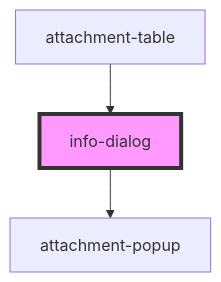
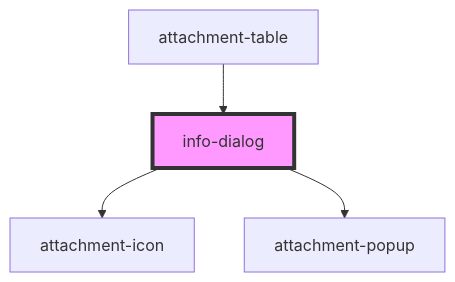
One commit to attachmentcore/attachment-core changed the diagram in AttachmentSystem.Component/src/components/Forms/readme.md. Above: the diagram before and after it, drawn with Mermaid. The commit also changed other lines of this file and 13 other files, not shown here.

````diff
--- a/AttachmentSystem.Component/src/components/Forms/readme.md
+++ b/AttachmentSystem.Component/src/components/Forms/readme.md
@@ -42,6 +43,7 @@
 ```mermaid
 graph TD;
+  info-dialog --> attachment-icon
   info-dialog --> attachment-popup
   attachment-table --> info-dialog
   style info-dialog fill:#f9f,stroke:#333,stroke-width:4px
 ```
````
